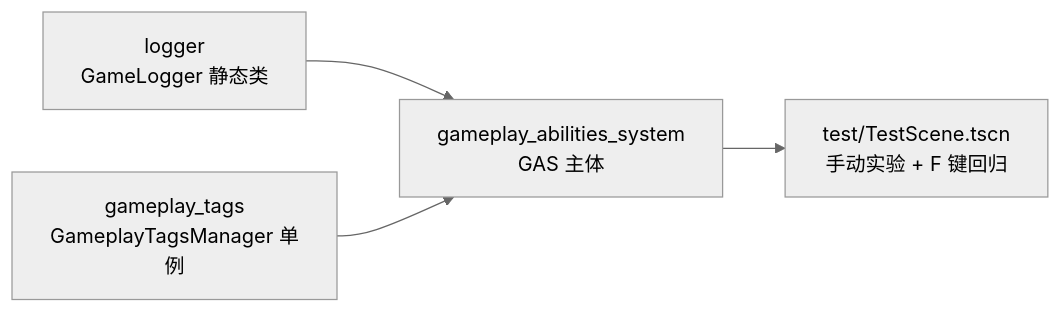
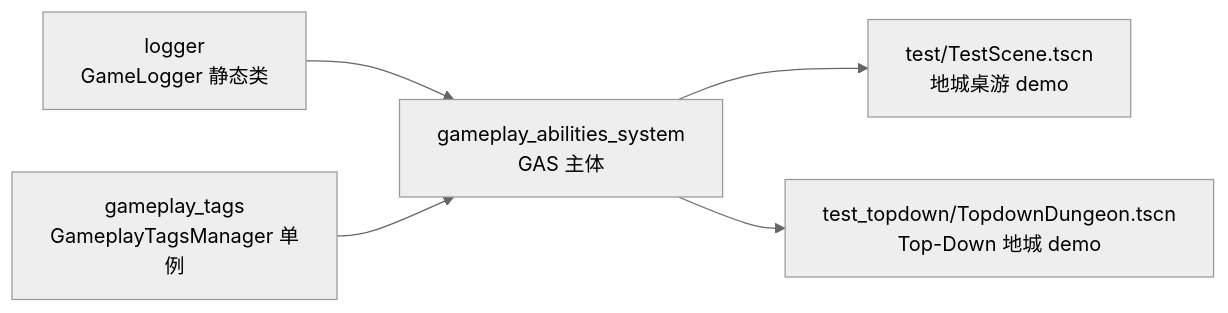
The diagram in README.md (PrimeChuJiang/gas_project), drawn with Mermaid (neutral theme) before and after one commit. The commit also changed other lines of this file and 198 other files, not shown here.

Commit message:
demo2 Top-Down 地城（第二类游戏）：实时 2D 无尽生存 demo——逻辑/表现分层（topdown_game + topdown_scene），唯一攻击能力按等级查形态表进化（斩击/飞弹/三连/穿透爆炸），4 槽装备 INFINITE GE 挂摘、升级连锁在属性集 post 钩子、怪物 3 秒重生+动态成长；表现层含程序化音效/斩击弧光/弹道拖尾/爆炸/死亡粒子/火把光照；素材落地 DCSS(CC0)+Kenney(CC0) 配 LICENSE；场景选择器 Launcher；回归 45 项+UI 检查全绿

````diff
--- a/README.md
+++ b/README.md
@@ -14,6 +14,7 @@
 ```mermaid
 flowchart LR
     LOG["logger<br/>GameLogger 静态类"] --> GAS["gameplay_abilities_system<br/>GAS 主体"]
     TAGS["gameplay_tags<br/>GameplayTagsManager 单例"] --> GAS
-    GAS --> TEST["test/TestScene.tscn<br/>手动实验 + F 键回归"]
+    GAS --> TEST["test/TestScene.tscn<br/>地城桌游 demo"]
+    GAS --> TEST2["test_topdown/TopdownDungeon.tscn<br/>Top-Down 地城 demo"]
 ```
````
